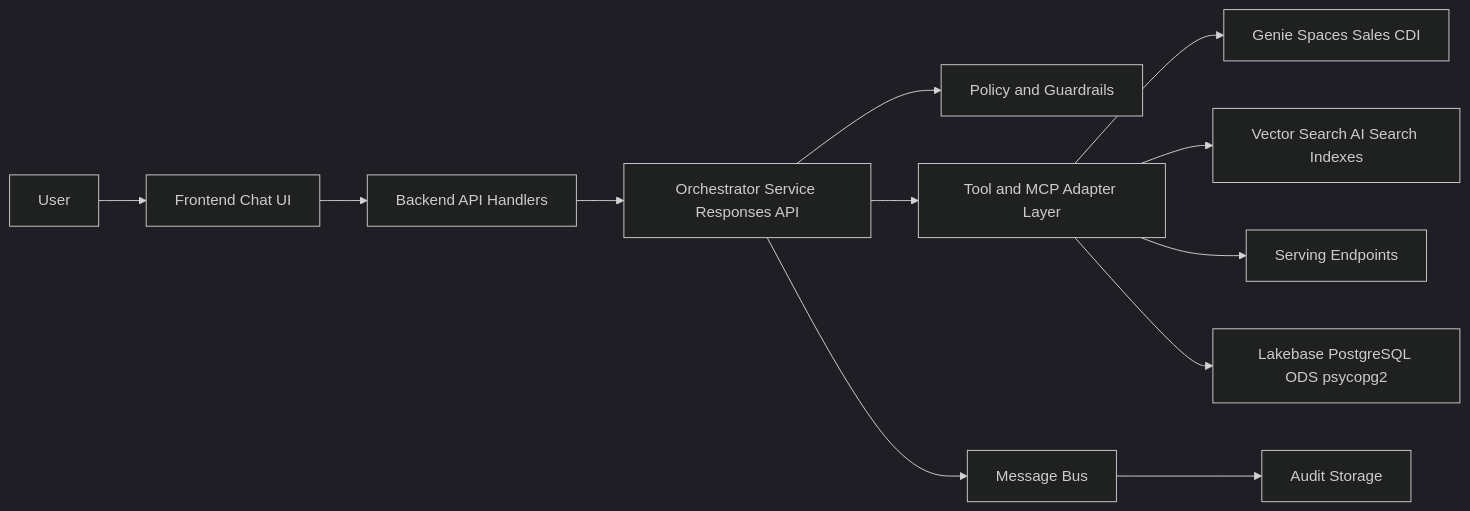
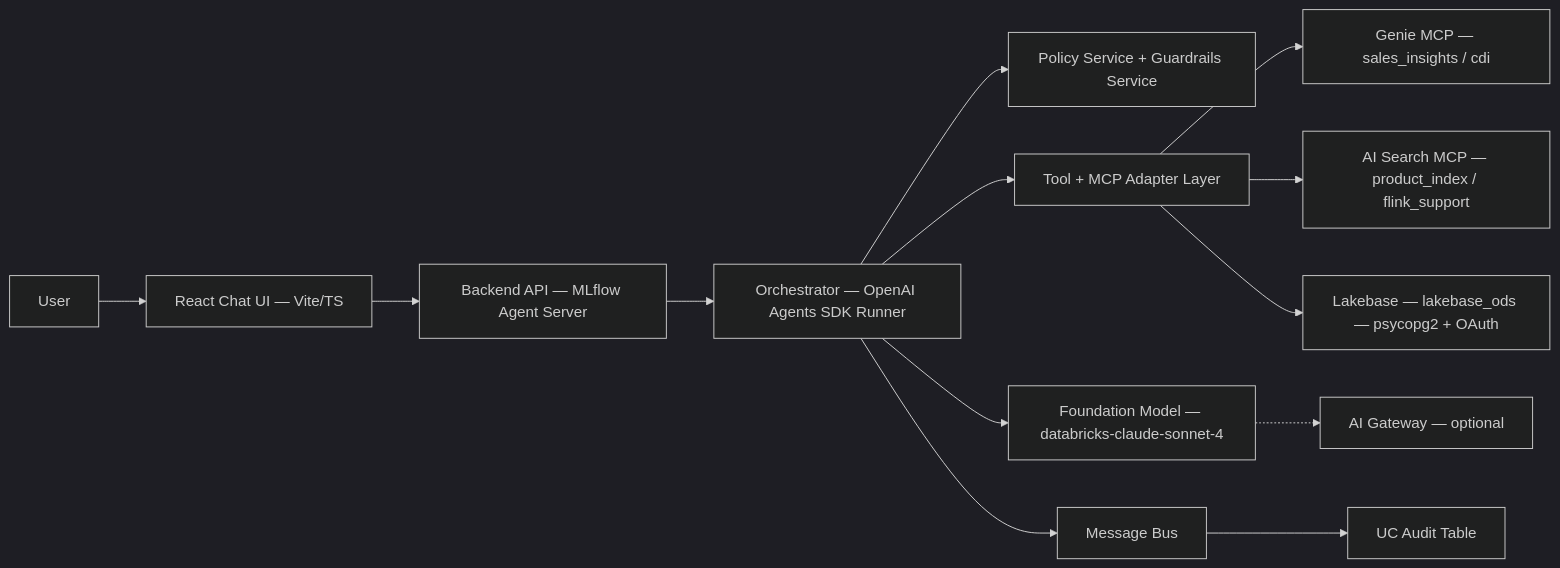
The sixth of 15 diagrams in docs/architecture/design-artifacts/00-architecture-board-review.md (wchen-dea/Governed-Multi-Agent-Intelligence-on-Databricks), drawn with Mermaid (dark theme) before and after one commit. The commit also changed other lines of this file and 51 other files, not shown here.

````diff
--- a/docs/architecture/design-artifacts/00-architecture-board-review.md
+++ b/docs/architecture/design-artifacts/00-architecture-board-review.md
@@ -136,14 +148,15 @@
 ```mermaid
 flowchart LR
-    User[User] --> FE[Frontend Chat UI]
-    FE --> API[Backend API Handlers]
-    API --> ORCH[Orchestrator Service Responses API]
-    ORCH --> POL[Policy and Guardrails]
-    ORCH --> TOOL[Tool and MCP Adapter Layer]
-    TOOL --> GENIE[Genie Spaces Sales CDI]
-    TOOL --> VS[Vector Search AI Search Indexes]
-    TOOL --> SEP[Serving Endpoints]
-    TOOL --> LB[Lakebase PostgreSQL ODS psycopg2]
+    User[User] --> FE[React Chat UI — Vite/TS]
+    FE --> API[Backend API — MLflow Agent Server]
+    API --> ORCH[Orchestrator — OpenAI Agents SDK Runner]
+    ORCH --> POL[Policy Service + Guardrails Service]
+    ORCH --> TOOL[Tool + MCP Adapter Layer]
+    TOOL --> GENIE[Genie MCP — sales_insights / cdi]
+    TOOL --> AIS[AI Search MCP — product_index / flink_support]
+    TOOL --> LB[Lakebase — lakebase_ods — psycopg2 + OAuth]
+    ORCH --> FM[Foundation Model — databricks-claude-sonnet-4]
+    FM -.-> AIGW[AI Gateway — optional]
     ORCH --> BUS[Message Bus]
-    BUS --> AUDIT[Audit Storage]
+    BUS --> AUDIT[UC Audit Table]
 ```
````
